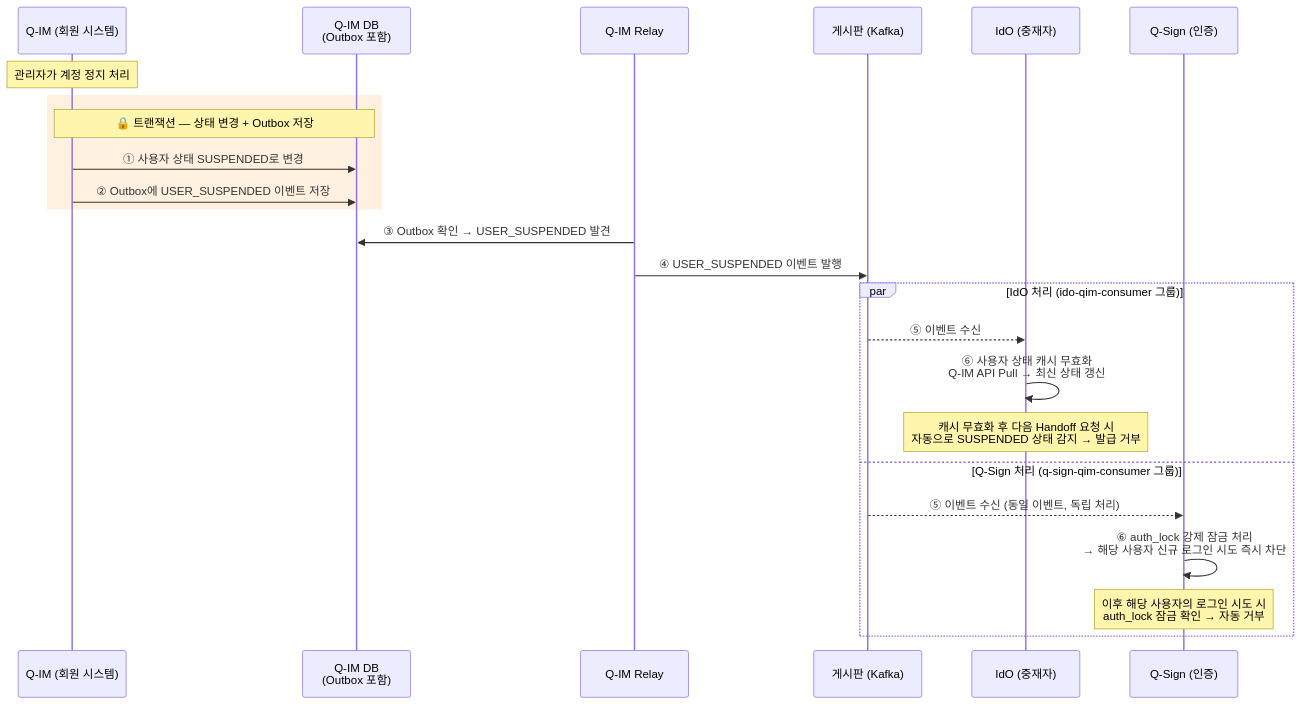
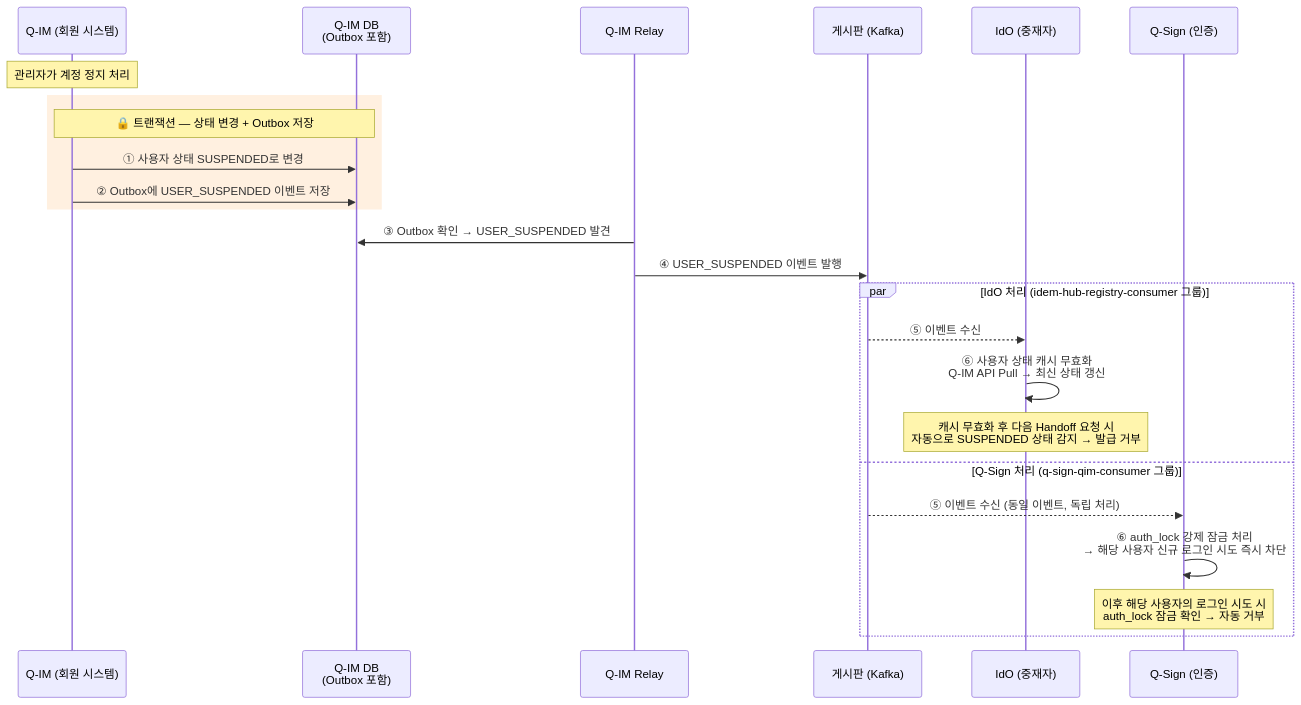
One commit to HipsterMIN/integration-sso changed the ninth of 10 diagrams in docs/kafka_easy_guide_for_managers.md. Above: the diagram before and after it, drawn with Mermaid. The commit also changed other lines of this file and 379 other files, not shown here.

````diff
--- a/docs/kafka_easy_guide_for_managers.md
+++ b/docs/kafka_easy_guide_for_managers.md
@@ -384,29 +384,29 @@
 ```mermaid
 sequenceDiagram
     participant QIM as Q-IM (회원 시스템)
     participant DB_QIM as Q-IM DB<br/>(Outbox 포함)
     participant RELAY_QIM as Q-IM Relay
     participant KAFKA as 게시판 (Kafka)
     participant IDO as IdO (중재자)
     participant QS as Q-Sign (인증)
 
     note over QIM: 관리자가 계정 정지 처리
     rect rgb(255, 240, 224)
         note over QIM,DB_QIM: 🔒 트랜잭션 — 상태 변경 + Outbox 저장
         QIM->>DB_QIM: ① 사용자 상태 SUSPENDED로 변경
         QIM->>DB_QIM: ② Outbox에 USER_SUSPENDED 이벤트 저장
     end
 
     RELAY_QIM->>DB_QIM: ③ Outbox 확인 → USER_SUSPENDED 발견
     RELAY_QIM->>KAFKA: ④ USER_SUSPENDED 이벤트 발행
 
-    par IdO 처리 (ido-qim-consumer 그룹)
+    par IdO 처리 (idem-hub-registry-consumer 그룹)
         KAFKA-->>IDO: ⑤ 이벤트 수신
         IDO->>IDO: ⑥ 사용자 상태 캐시 무효화<br/>Q-IM API Pull → 최신 상태 갱신
         note over IDO: 캐시 무효화 후 다음 Handoff 요청 시<br/>자동으로 SUSPENDED 상태 감지 → 발급 거부
     and Q-Sign 처리 (q-sign-qim-consumer 그룹)
         KAFKA-->>QS: ⑤ 이벤트 수신 (동일 이벤트, 독립 처리)
         QS->>QS: ⑥ auth_lock 강제 잠금 처리<br/>→ 해당 사용자 신규 로그인 시도 즉시 차단
         note over QS: 이후 해당 사용자의 로그인 시도 시<br/>auth_lock 잠금 확인 → 자동 거부
     end
 ```
````
